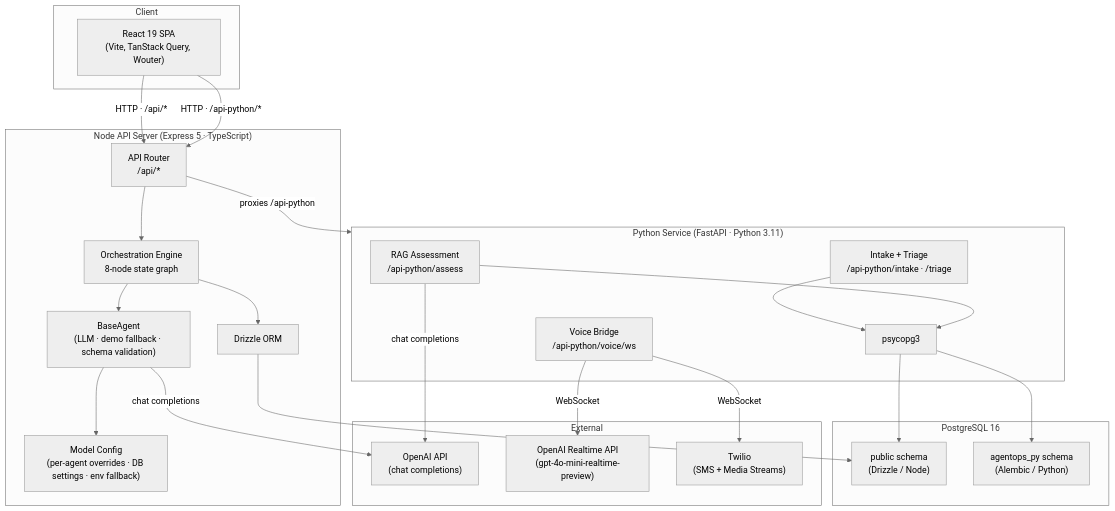
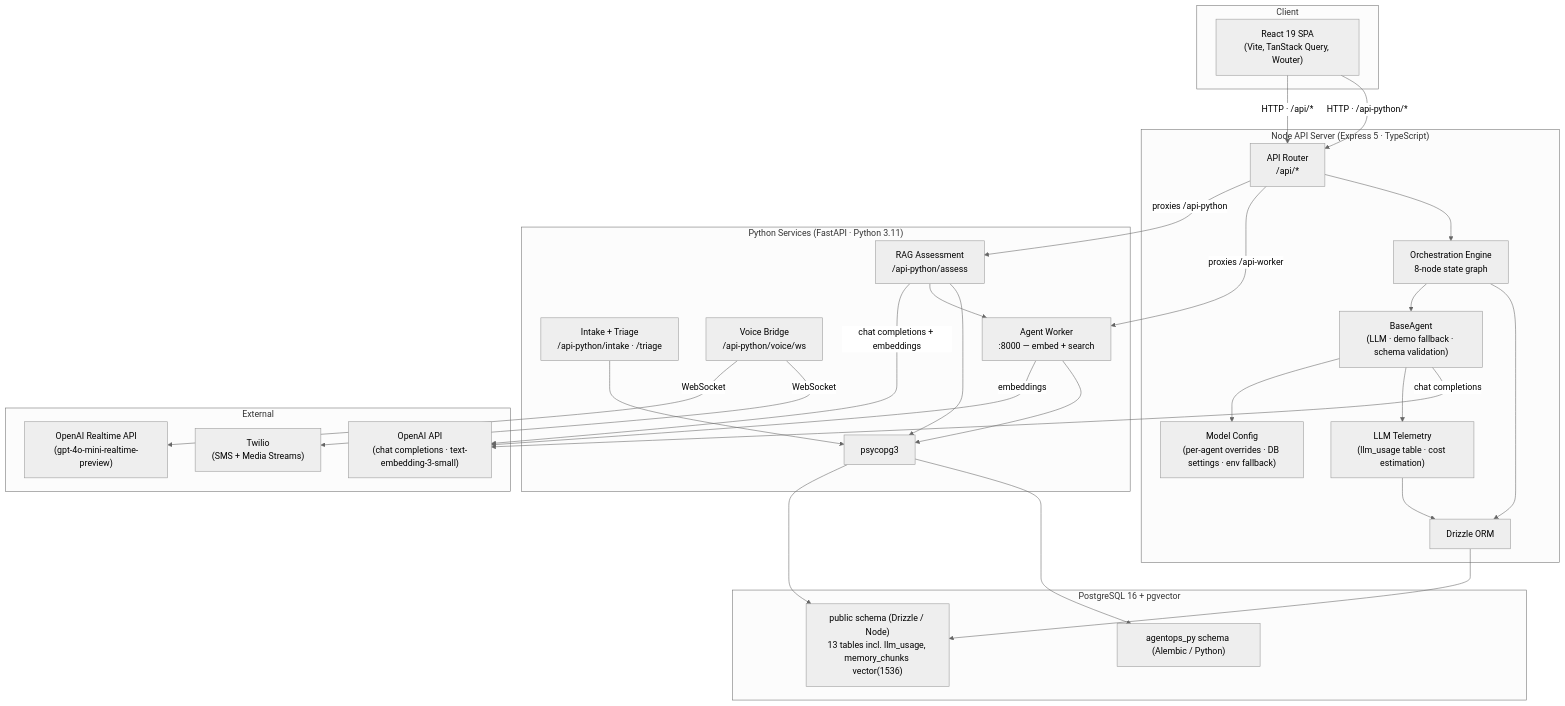
The first of 6 diagrams in docs/architecture.md (ProdigyProjectStudios/agentops-command-center), drawn with Mermaid (neutral theme) before and after one commit. The commit also changed other lines of this file and 4 other files, not shown here.

Commit message:
docs: sync AgentOps evals, pgvector retrieval and LLM telemetry

````diff
--- a/docs/architecture.md
+++ b/docs/architecture.md
@@ -23,49 +24,57 @@
 ```mermaid
 graph TB
     subgraph Client
         UI["React 19 SPA<br/>(Vite, TanStack Query, Wouter)"]
     end
 
     subgraph Node["Node API Server (Express 5 · TypeScript)"]
         Router["API Router<br/>/api/*"]
         Orch["Orchestration Engine<br/>8-node state graph"]
         AgentBase["BaseAgent<br/>(LLM · demo fallback · schema validation)"]
         ModelCfg["Model Config<br/>(per-agent overrides · DB settings · env fallback)"]
+        Telemetry["LLM Telemetry<br/>(llm_usage table · cost estimation)"]
         Drizzle["Drizzle ORM"]
     end
 
-    subgraph Python["Python Service (FastAPI · Python 3.11)"]
+    subgraph Python["Python Services (FastAPI · Python 3.11)"]
         RAG["RAG Assessment<br/>/api-python/assess"]
         Intake["Intake + Triage<br/>/api-python/intake · /triage"]
         Voice["Voice Bridge<br/>/api-python/voice/ws"]
+        Worker["Agent Worker<br/>:8000 — embed + search"]
         Psycopg["psycopg3"]
     end
 
-    subgraph DB["PostgreSQL 16"]
-        PubSchema["public schema<br/>(Drizzle / Node)"]
-        PySchema["agentops_py schema<br/>(Alembic / Python)"]
+    subgraph DB["PostgreSQL 16 + pgvector"]
+        PubSchema["public schema (Drizzle / Node)<br/>13 tables incl. llm_usage, memory_chunks vector(1536)"]
+        PySchema["agentops_py schema (Alembic / Python)"]
     end
 
     subgraph External
-        OpenAI["OpenAI API<br/>(chat completions)"]
+        OpenAI["OpenAI API<br/>(chat completions · text-embedding-3-small)"]
         Realtime["OpenAI Realtime API<br/>(gpt-4o-mini-realtime-preview)"]
         Twilio["Twilio<br/>(SMS + Media Streams)"]
     end
 
     UI -- "HTTP · /api/*" --> Router
     UI -- "HTTP · /api-python/*" --> Router
-    Router -- "proxies /api-python" --> Python
+    Router -- "proxies /api-python" --> RAG
+    Router -- "proxies /api-worker" --> Worker
     Router --> Orch
     Orch --> AgentBase
     AgentBase --> ModelCfg
+    AgentBase --> Telemetry
     AgentBase -- "chat completions" --> OpenAI
+    Telemetry --> Drizzle
     Drizzle --> PubSchema
     Orch --> Drizzle
     Psycopg --> PubSchema
     Psycopg --> PySchema
-    RAG -- "chat completions" --> OpenAI
+    RAG -- "chat completions + embeddings" --> OpenAI
+    Worker -- "embeddings" --> OpenAI
+    Worker --> Psycopg
+    RAG --> Worker
     Voice -- "WebSocket" --> Realtime
     Voice -- "WebSocket" --> Twilio
     Intake --> Psycopg
     RAG --> Psycopg
 ```
````
